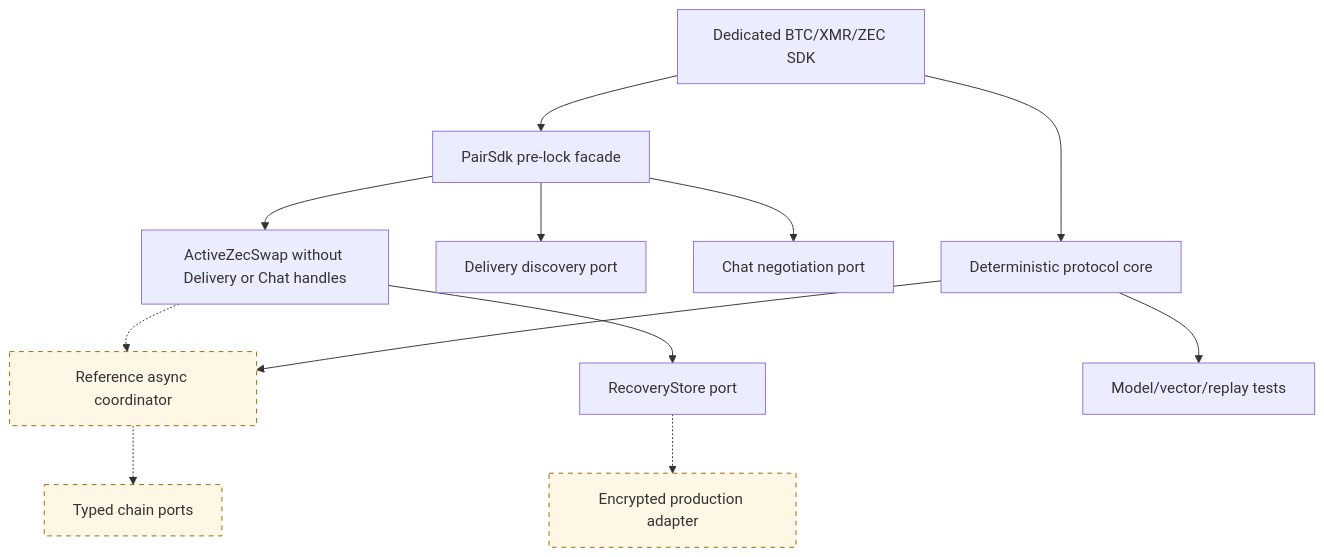
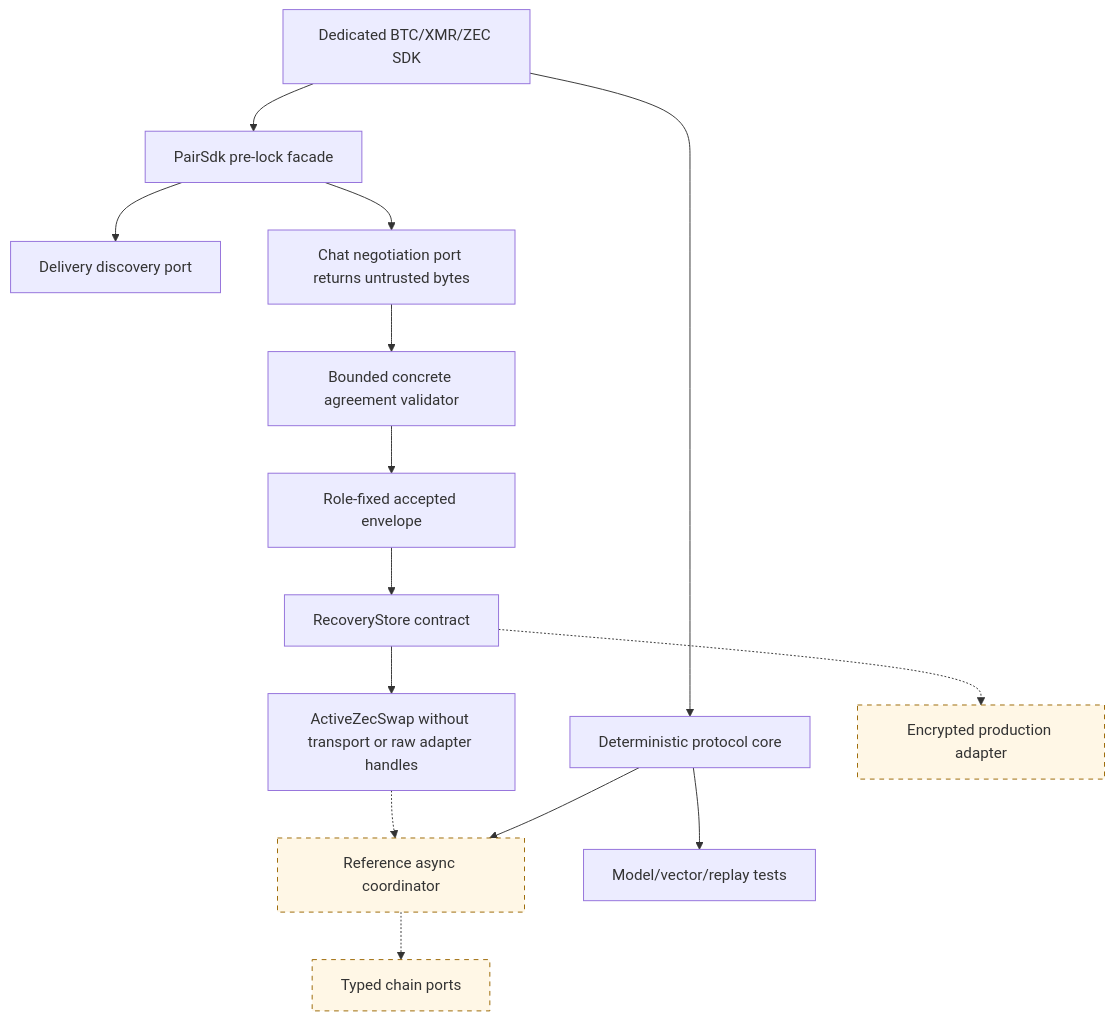
The diagram in docs/architecture/0013-sdk-layering.md (gateway-fm/lez-atomic-swaps), drawn with Mermaid before and after one commit. The commit also changed other lines of this file and 20 other files, not shown here.

Commit message:
feat: activate concrete ZEC agreements

````diff
--- a/docs/architecture/0013-sdk-layering.md
+++ b/docs/architecture/0013-sdk-layering.md
@@ -5,17 +6,19 @@
 ```mermaid
 flowchart TB
     Pair["Dedicated BTC/XMR/ZEC SDK"] --> Core["Deterministic protocol core"]
     Pair --> Facade["PairSdk pre-lock facade"]
     Facade --> Discovery["Delivery discovery port"]
-    Facade --> Negotiation["Chat negotiation port"]
-    Facade --> Active["ActiveZecSwap without Delivery or Chat handles"]
+    Facade --> Negotiation["Chat negotiation port returns untrusted bytes"]
+    Negotiation --> Validator["Bounded concrete agreement validator"]
+    Validator --> Accepted["Role-fixed accepted envelope"]
+    Accepted --> Store["RecoveryStore contract"]
+    Store --> Active["ActiveZecSwap without transport or raw adapter handles"]
     Active -.-> Runtime["Reference async coordinator"]
     Runtime -.-> Nodes["Typed chain ports"]
-    Active --> Store["RecoveryStore port"]
     Store -.-> Encrypted["Encrypted production adapter"]
     Core --> Runtime
     Core --> Tests["Model/vector/replay tests"]
 
     classDef planned stroke-dasharray: 5 5,fill:#fff7e6,stroke:#9a6700;
     class Runtime,Nodes,Encrypted planned;
 ```
````
